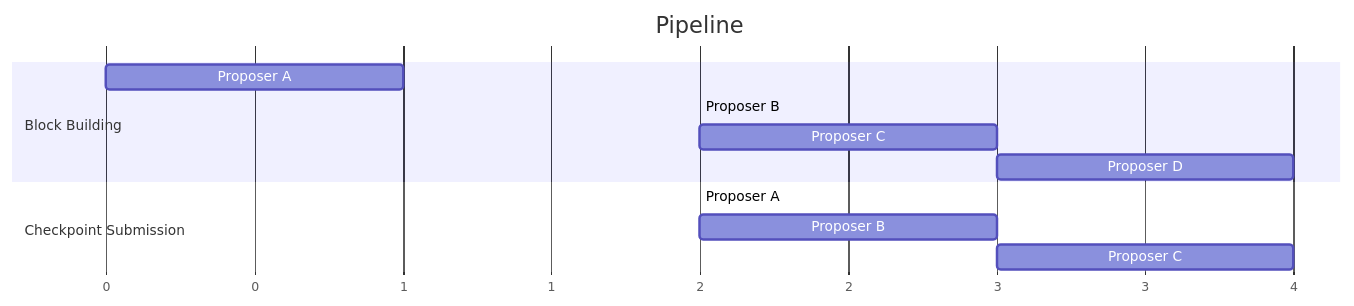
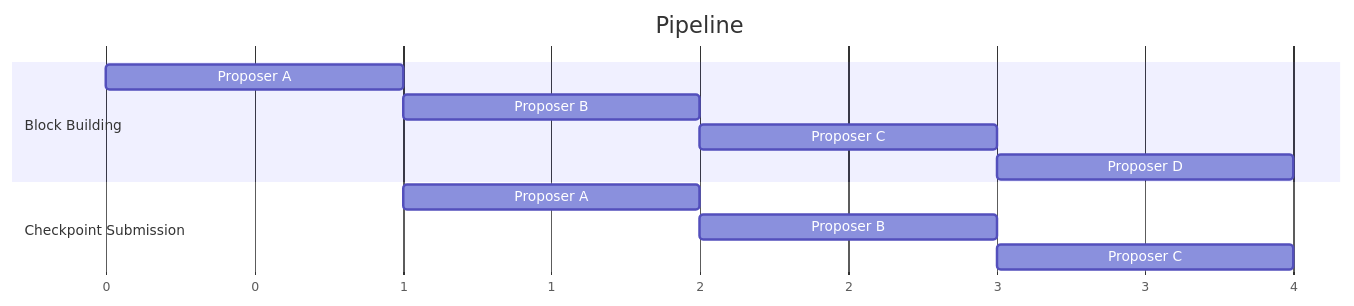
The first of 5 diagrams in docs/build-ahead/dd.md (AztecProtocol/engineering-designs), drawn with Mermaid before and after one commit.

````diff
--- a/docs/build-ahead/dd.md
+++ b/docs/build-ahead/dd.md
@@ -34,17 +34,17 @@
 ```mermaid
 gantt
     title Pipeline
     dateFormat X
     axisFormat %s
 
     section Block Building
     Proposer A :pA, 0, 1
-    Proposer B :pB, after 1, 2
+    Proposer B :pB, after pA 1, 2
     Proposer C :pC, after pB 2, 3
     Proposer D :pD, after pC 3,4
 
     section Checkpoint Submission
-    Proposer A :pCA, after 1, 2
+    Proposer A :pCA, after pA, 2
     Proposer B :pCB, after pCA 2, 3
     Proposer C :pCC, after pCB 3, 4
 ```
````
